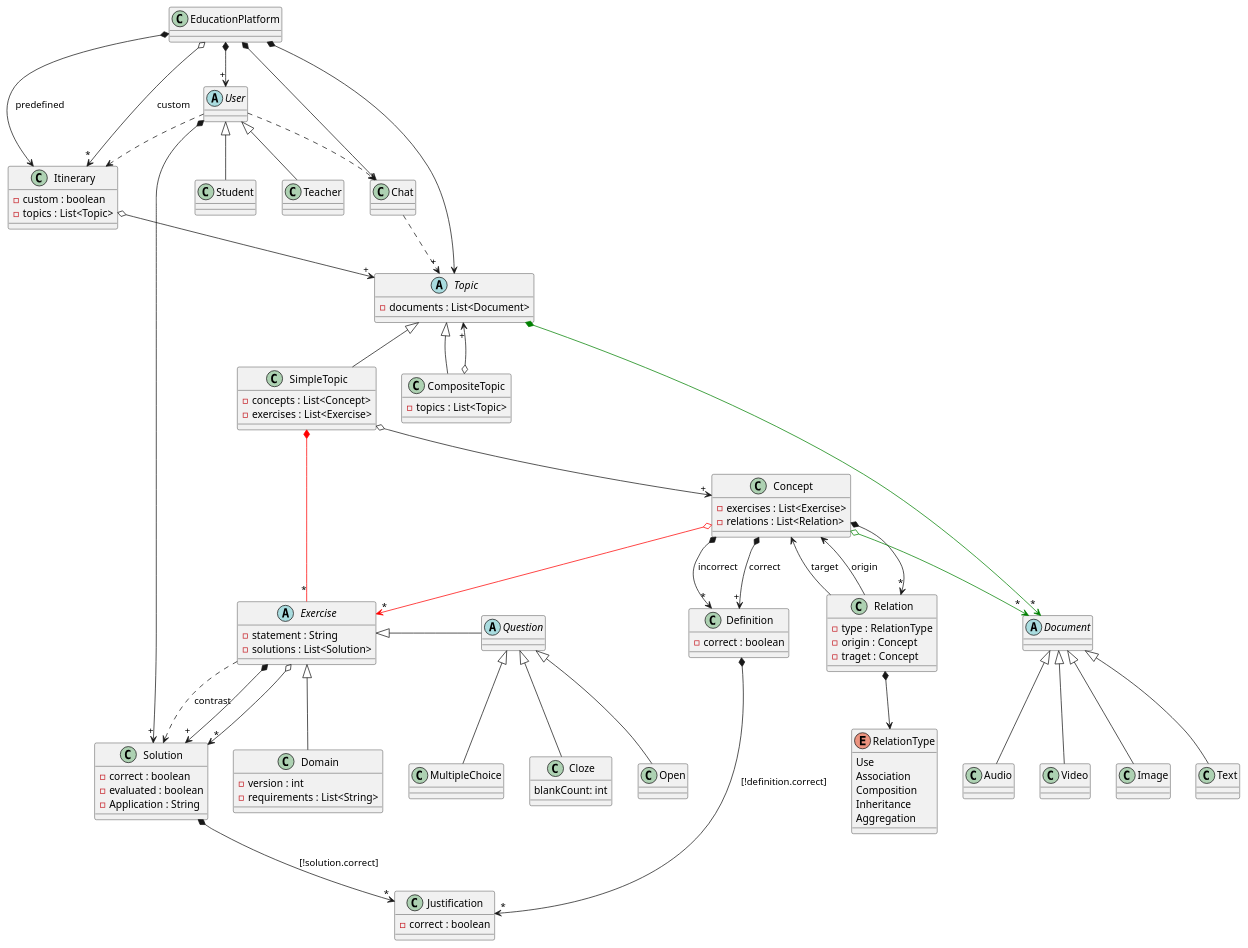
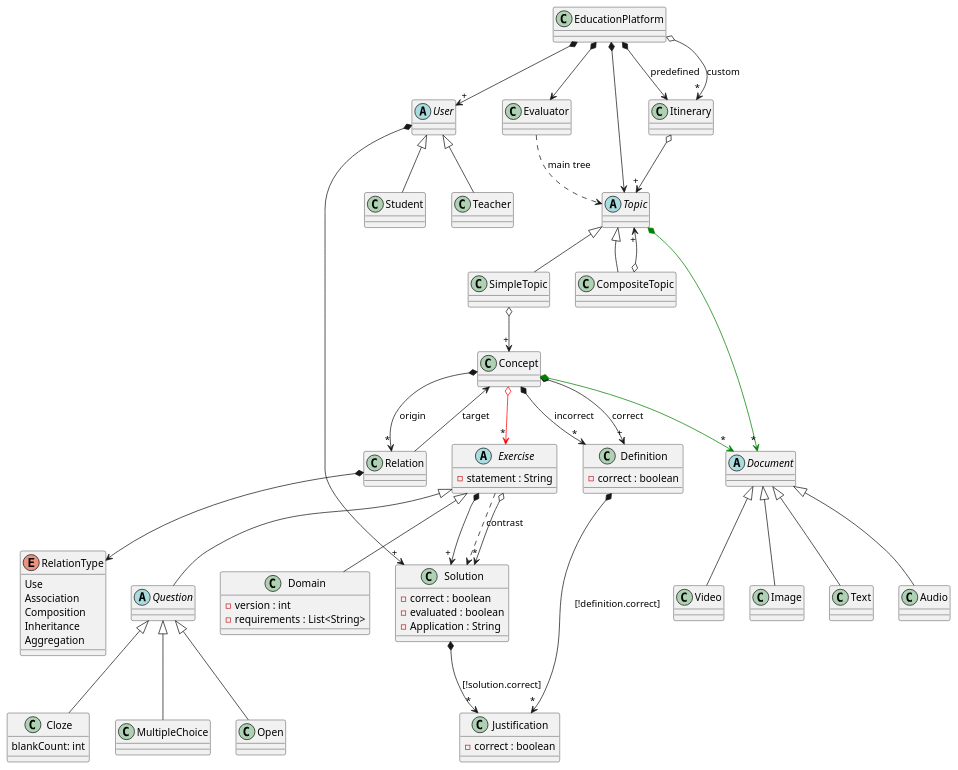
Before and after one commit to jumpering/lab-turing: the diagram in Diagrams/EducationPlatform/Domain.puml, drawn with PlantUML. The commit also changed 1 other file, not shown here.

```diff
--- a/Diagrams/EducationPlatform/Domain.puml
+++ b/Diagrams/EducationPlatform/Domain.puml
@@ -1,129 +1,120 @@
 @startuml EducationPlatformDomain
 
 EducationPlatform *--> "+" User
 EducationPlatform *--> Topic
 EducationPlatform *--> Itinerary : predefined
 EducationPlatform o--> "*" Itinerary : custom
-EducationPlatform *--> Chat
+EducationPlatform *--> Evaluator
+'EducationPlatform *--> ConceptGraph
 
 abstract User{
 }
 
 User <|-- Teacher
 User <|-- Student
 User *-->"+" Solution
-User ..> Chat
-User ..> Itinerary
 
 class Teacher{
 }
 
 class Student{
 }
+'Student --> Evaluator
+'Student --> Itinerary
 
-class Chat{
+class Evaluator{
 }
-Chat ..> "+" Topic
+Evaluator ..> Topic : main tree
 
 class Itinerary {
-    - custom : boolean
-    - topics : List<Topic>
 }
 Itinerary o--> "+" Topic
 
 class Definition {
     - correct : boolean
 }
 Definition *--> "*" Justification:[!definition.correct]
 
 class Justification {
     - correct : boolean
 }
 
 class Domain {
     - version : int
     - requirements : List<String>
 }
 
 abstract Exercise {
     - statement : String
-    - solutions : List<Solution>
 }
 Exercise <|-down- Domain
-Exercise <|-right- Question
+Exercise <|-down- Question
 Exercise *-->"+" Solution
 Exercise o-->"*" Solution
 Exercise ..> Solution : contrast
 
 abstract Question{
 }
 Question <|-- MultipleChoice
 Question <|-- Cloze
 Question <|-- Open
 
 class Cloze{
     blankCount: int
 }
   
 class MultipleChoice{
 }
 
 class Solution{
     - correct : boolean
     - evaluated : boolean
     - Application : String
 }
 Solution *--> "*" Justification:[!solution.correct]
 
 abstract Topic{
-    - documents : List<Document>
 }
 Topic *-[#green]-> "*" Document
 Topic <|-- CompositeTopic
 Topic <|-- SimpleTopic
 
 class SimpleTopic{
-    - concepts : List<Concept>
-    - exercises : List<Exercise>
 }
 SimpleTopic o--> "+" Concept
-SimpleTopic *-[#red]- "*" Exercise
 
 class CompositeTopic{
-    - topics : List<Topic> 
 }
 CompositeTopic o--> "+" Topic
 
 abstract Document{}
 Document <|-- Audio
 Document <|-- Video
 Document <|-- Image
 Document <|-- Text
 
+'class ConceptGraph{
+'}
+'ConceptGraph o--> "+"Concept
+
 class Concept{
-    - exercises : List<Exercise>
-    - relations : List<Relation>
 }
 Concept *-down-> "+" Definition : correct
 Concept *-down-> "*" Definition : incorrect
-Concept *-down-> "*" Relation
-Concept o-down[#green]-> "*" Document
+Concept *-down-> "*" Relation : origin
+Concept *-down[#green]-> "*" Document
 Concept o-down[#red]-> "*" Exercise
 
 class Relation {
-    - type : RelationType
-    - origin : Concept
-    - traget : Concept
 }
 Relation --> Concept : target
 Relation *-down-> RelationType
-Relation --> Concept : origin
 
 enum RelationType {
     Use
     Association
     Composition
     Inheritance
     Aggregation
 } 
 @enduml
```
